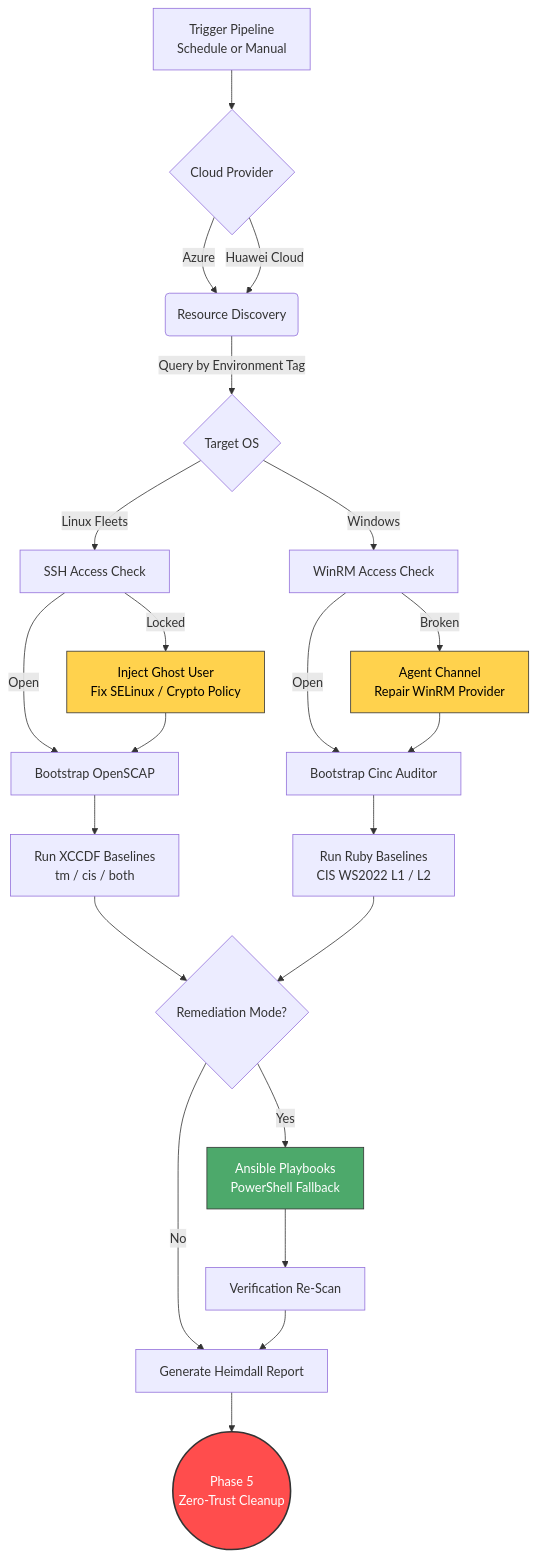
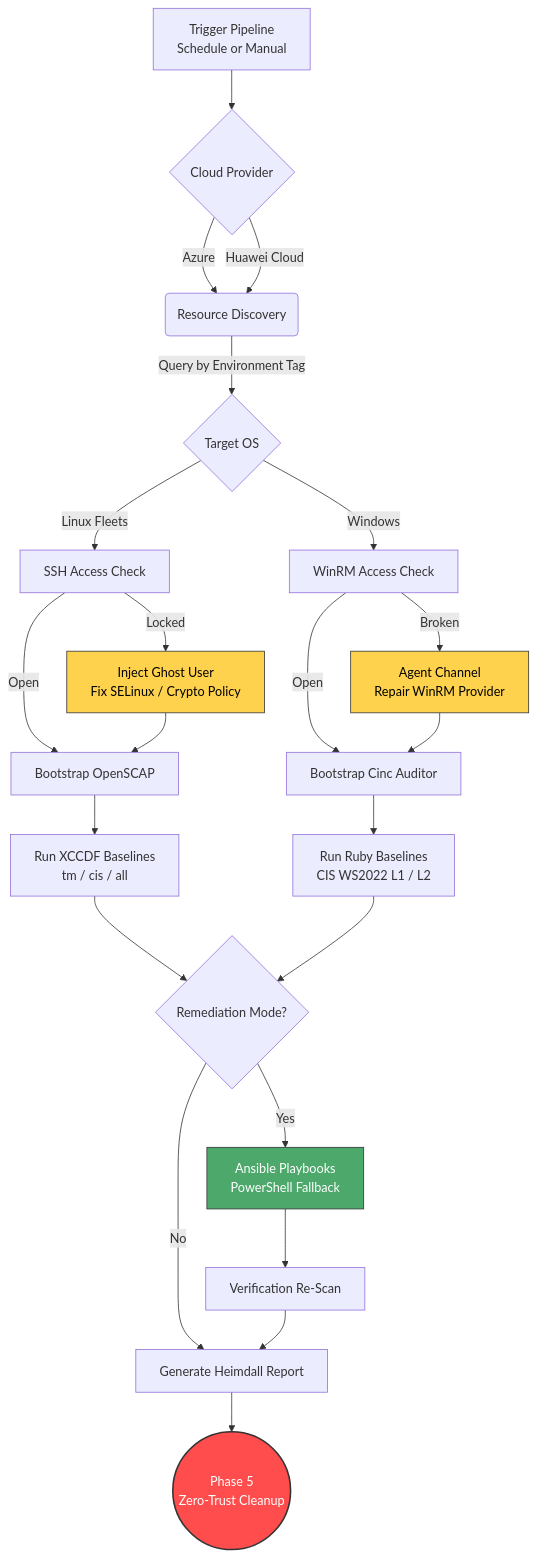
Before and after one commit to danishkhan0101/X-Cloud-Multi-OS-Benchmark-Auditor: the diagram in README.md, drawn with Mermaid. The commit also changed other lines of this file, not shown here.

````diff
--- a/README.md
+++ b/README.md
@@ -43,36 +43,36 @@
 ```mermaid
 graph TD
     A[Trigger Pipeline<br/>Schedule or Manual] --> P{Cloud Provider}
     P -->|Azure| B(Resource Discovery)
     P -->|Huawei Cloud| B
     B -->|Query by Environment Tag| C{Target OS}
 
     C -->|Linux Fleets| D[SSH Access Check]
     C -->|Windows| E[WinRM Access Check]
 
     D -- Locked --> F[Inject Ghost User<br/>Fix SELinux / Crypto Policy]
     D -- Open --> G[Bootstrap OpenSCAP]
     F --> G
 
     E -- Broken --> H[Agent Channel<br/>Repair WinRM Provider]
     E -- Open --> I[Bootstrap Cinc Auditor]
     H --> I
 
-    G --> J[Run XCCDF Baselines<br/>tm / cis / both]
+    G --> J[Run XCCDF Baselines<br/>tm / cis / all]
     I --> K[Run Ruby Baselines<br/>CIS WS2022 L1 / L2]
 
     J --> L{Remediation Mode?}
     K --> L
 
     L -- Yes --> M[Ansible Playbooks<br/>PowerShell Fallback]
     M --> V[Verification Re-Scan]
     L -- No --> N[Generate Heimdall Report]
     V --> N
 
     N --> O((Phase 5<br/>Zero-Trust Cleanup))
 
     style O fill:#ff4d4d,stroke:#333,stroke-width:2px,color:#fff
     style F fill:#ffd24d,stroke:#333,color:#000
     style H fill:#ffd24d,stroke:#333,color:#000
     style M fill:#4da96b,stroke:#333,color:#fff
 ```
````
